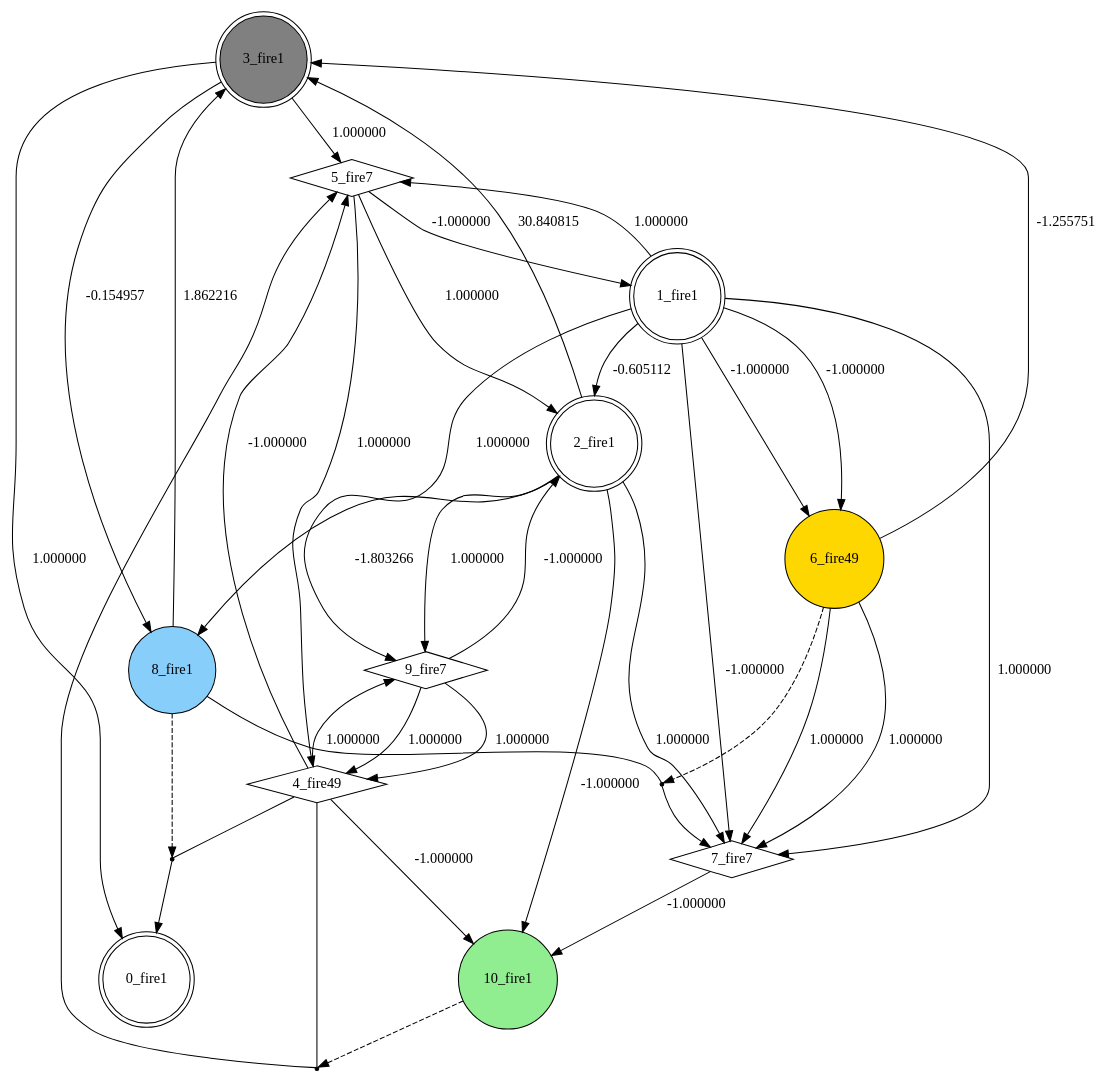
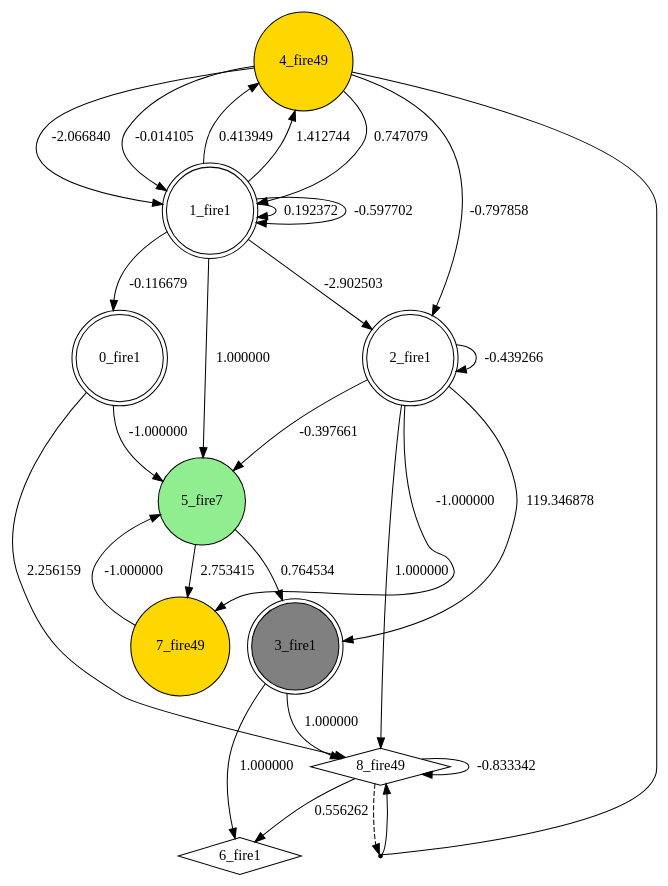
The diagram in best_individual.dot (yi1306c12/suna_c), drawn with Graphviz before and after one commit. The commit also changed 4 other files, not shown here.

```diff
--- a/best_individual.dot
+++ b/best_individual.dot
@@ -1,55 +1,41 @@
 digraph G {
  node[shape = circle]
 0 [label="0_fire1",shape=doublecircle]
 1 [label="1_fire1",shape=doublecircle]
 2 [label="2_fire1",shape=doublecircle]
 3 [label="3_fire1",shape=doublecircle, style=filled, fillcolor=gray]
-4 [label="4_fire49",shape=diamond]
-5 [label="5_fire7",shape=diamond]
-6 [label="6_fire49",style=filled, fillcolor=gold]
-7 [label="7_fire7",shape=diamond]
-8 [label="8_fire1",style=filled, fillcolor=lightskyblue]
-9 [label="9_fire7",shape=diamond]
-10 [label="10_fire1",style=filled, fillcolor=lightgreen]
-2 -> 3 [label="30.840815"]
-2 -> 9 [label="1.000000"]
-2 -> 8 [label="-1.803266"]
-1 -> 2 [label="-0.605112"]
-4 -> 9 [label="1.000000"]
-6 -> 3 [label="-1.255751"]
-11 [shape=point, label=""]
-8 -> 11 [style=dashed] 
-4 -> 11 [dir=none]
-11 -> 0 
-9 -> 4 [label="1.000000"]
-9 -> 4 [label="1.000000"]
-1 -> 6 [label="-1.000000"]
-12 [shape=point, label=""]
-6 -> 12 [style=dashed] 
-8 -> 12 [dir=none]
-12 -> 7 
-6 -> 7 [label="1.000000"]
-3 -> 8 [label="-0.154957"]
-8 -> 3 [label="1.862216"]
-1 -> 6 [label="-1.000000"]
-1 -> 7 [label="1.000000"]
-3 -> 0 [label="1.000000"]
-5 -> 4 [label="1.000000"]
-7 -> 10 [label="-1.000000"]
-5 -> 1 [label="-1.000000"]
-4 -> 10 [label="-1.000000"]
-13 [shape=point, label=""]
-10 -> 13 [style=dashed] 
-4 -> 13 [dir=none]
-13 -> 5 
-1 -> 7 [label="-1.000000"]
+4 [label="4_fire49",style=filled, fillcolor=gold]
+5 [label="5_fire7",style=filled, fillcolor=lightgreen]
+6 [label="6_fire1",shape=diamond]
+7 [label="7_fire49",style=filled, fillcolor=gold]
+8 [label="8_fire49",shape=diamond]
+2 -> 2 [label="-0.439266"]
+1 -> 2 [label="-2.902503"]
+1 -> 0 [label="-0.116679"]
+1 -> 1 [label="0.192372"]
+2 -> 3 [label="119.346878"]
+0 -> 8 [label="2.256159"]
+1 -> 4 [label="0.413949"]
+5 -> 3 [label="0.764534"]
+4 -> 1 [label="-0.014105"]
+2 -> 5 [label="-0.397661"]
+0 -> 5 [label="-1.000000"]
+1 -> 4 [label="1.412744"]
 1 -> 5 [label="1.000000"]
-6 -> 7 [label="1.000000"]
-4 -> 5 [label="-1.000000"]
-9 -> 2 [label="-1.000000"]
-2 -> 10 [label="-1.000000"]
-1 -> 9 [label="1.000000"]
-2 -> 7 [label="1.000000"]
-3 -> 5 [label="1.000000"]
-5 -> 2 [label="1.000000"]
+7 -> 5 [label="-1.000000"]
+4 -> 1 [label="0.747079"]
+4 -> 2 [label="-0.797858"]
+8 -> 6 [label="0.556262"]
+4 -> 1 [label="-2.066840"]
+10 [shape=point, label=""]
+8 -> 10 [style=dashed] 
+4 -> 10 [dir=none]
+10 -> 8 
+2 -> 7 [label="-1.000000"]
+5 -> 7 [label="2.753415"]
+8 -> 8 [label="-0.833342"]
+3 -> 8 [label="1.000000"]
+1 -> 1 [label="-0.597702"]
+2 -> 8 [label="1.000000"]
+3 -> 6 [label="1.000000"]
 }
```
